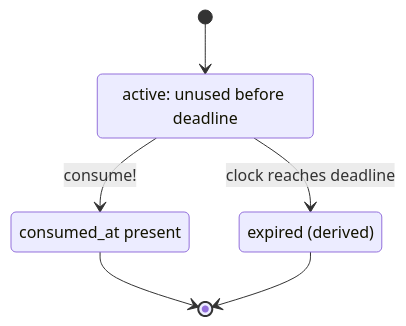
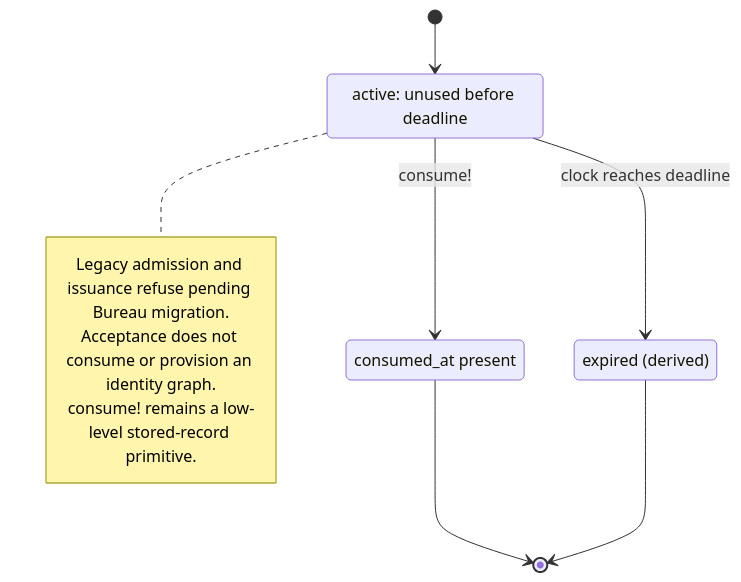
The diagram in docs/mermaid/idp-operator-organization-invitation.mmd (seahal/umaxica-apps-jit-global), drawn with Mermaid before and after one commit. The commit also changed 398 other files, not shown here.

```diff
--- a/docs/mermaid/idp-operator-organization-invitation.mmd
+++ b/docs/mermaid/idp-operator-organization-invitation.mmd
@@ -1,10 +1,15 @@
 stateDiagram-v2
     %% CURRENT implementation; sources and guards in transition inventory.
     state "active: unused before deadline" as active
     state "consumed_at present" as consumed
     state "expired (derived)" as expired
     [*] --> active
+    note right of active
+        Legacy admission and issuance refuse pending Bureau migration.
+        Acceptance does not consume or provision an identity graph.
+        consume! remains a low-level stored-record primitive.
+    end note
     active --> consumed: consume!
     active --> expired: clock reaches deadline
     consumed --> [*]
     expired --> [*]
```
